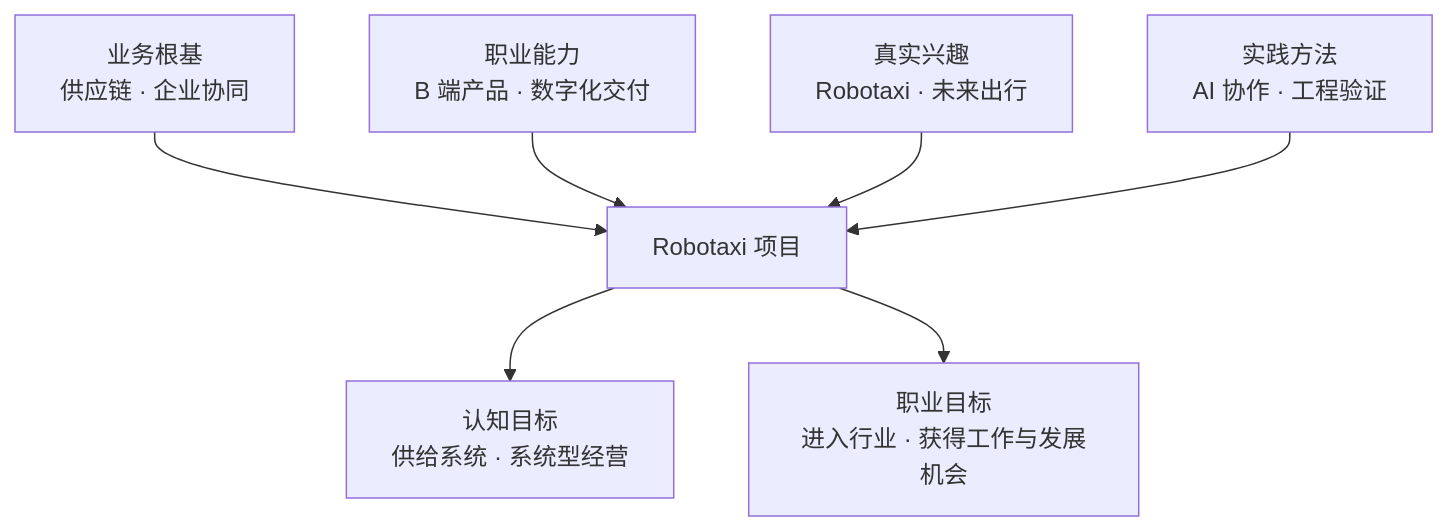
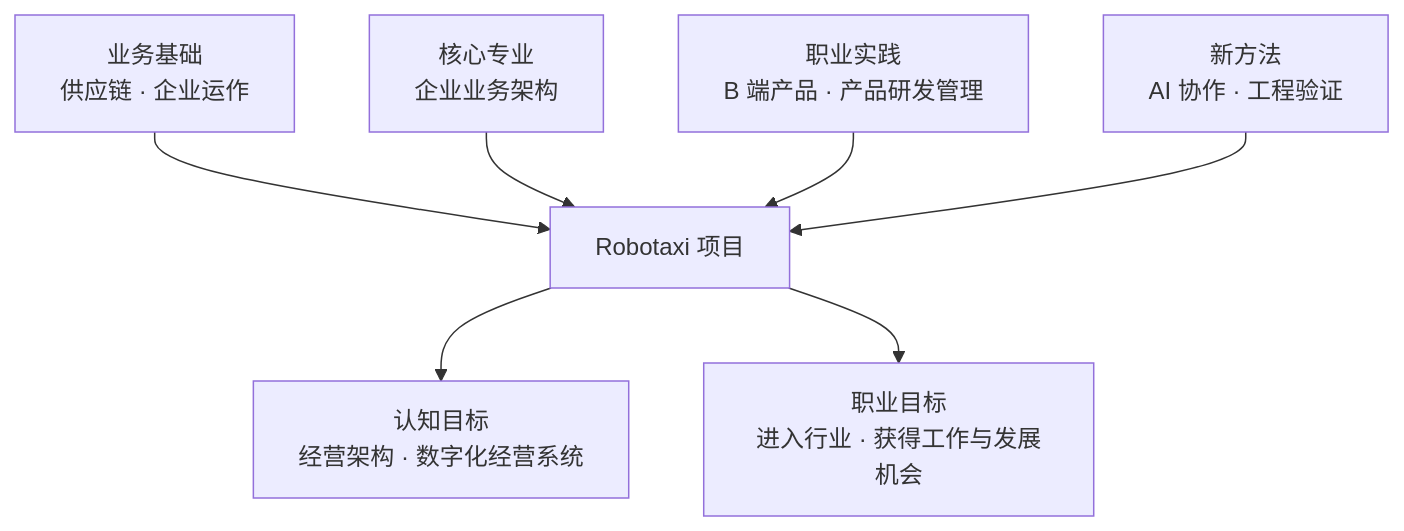
Before and after one commit to Chizheng4/robotaxi: the first of 11 diagrams in README.md, drawn with Mermaid. The commit also changed other lines of this file and 15 other files, not shown here.

Commit message:
v043.0.1 统一数据趋势图交付

````diff
--- a/README.md
+++ b/README.md
@@ -9,9 +11,9 @@
 ```mermaid
 flowchart TB
-  A["业务根基<br/>供应链 · 企业协同"] --> E["Robotaxi 项目"]
-  B["职业能力<br/>B 端产品 · 数字化交付"] --> E
-  C["真实兴趣<br/>Robotaxi · 未来出行"] --> E
-  D["实践方法<br/>AI 协作 · 工程验证"] --> E
-  E --> F["认知目标<br/>供给系统 · 系统型经营"]
+  A["业务基础<br/>供应链 · 企业运作"] --> E["Robotaxi 项目"]
+  B["核心专业<br/>企业业务架构"] --> E
+  C["职业实践<br/>B 端产品 · 产品研发管理"] --> E
+  D["新方法<br/>AI 协作 · 工程验证"] --> E
+  E --> F["认知目标<br/>经营架构 · 数字化经营系统"]
   E --> G["职业目标<br/>进入行业 · 获得工作与发展机会"]
 ```
````
